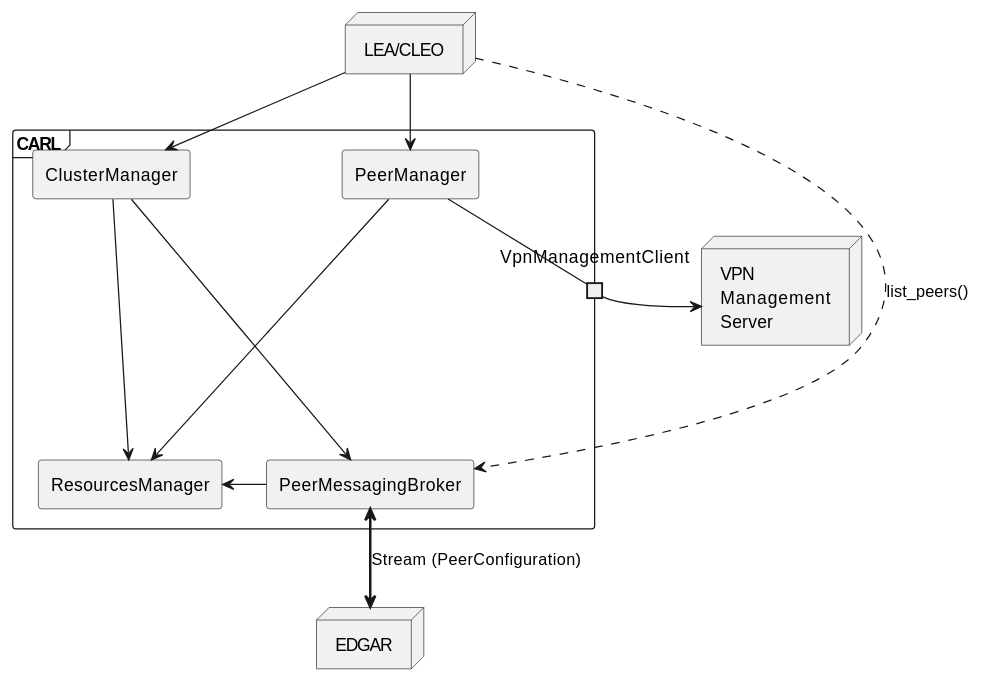
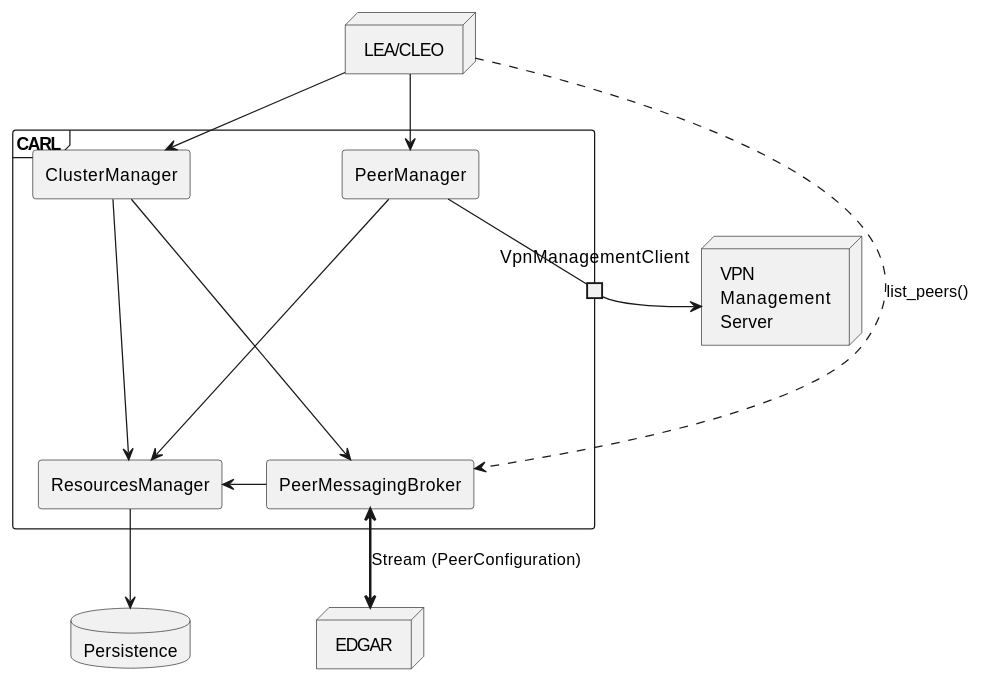
Before and after one commit to eclipse-opendut/opendut: the diagram in doc/src/architecture/carl/index.md, drawn with PlantUML.

Commit message:
Doc -> Add database into CARL architecture overview.

````diff
--- a/doc/src/architecture/carl/index.md
+++ b/doc/src/architecture/carl/index.md
@@ -3,30 +3,32 @@
 ```plantuml
 @startuml
 node "LEA/CLEO" as UI
 
 frame CARL {
   agent ClusterManager
   agent PeerManager
   portout VpnManagementClient
   agent PeerMessagingBroker
   agent ResourcesManager
 }
 node "VPN\nManagement\nServer" as VpnManagementServer
 node EDGAR
+database Persistence
 
 UI --> ClusterManager
 UI --> PeerManager
 UI ...> PeerMessagingBroker : list_peers()
 
 ClusterManager --> PeerMessagingBroker
 ClusterManager ---> ResourcesManager
 PeerManager -- VpnManagementClient
 PeerManager ---> ResourcesManager
 ResourcesManager <- PeerMessagingBroker
+ResourcesManager --> Persistence
 
 PeerMessagingBroker <==> EDGAR : Stream (PeerConfiguration)
 
 VpnManagementClient -> VpnManagementServer
 
 @enduml
 ```
````
